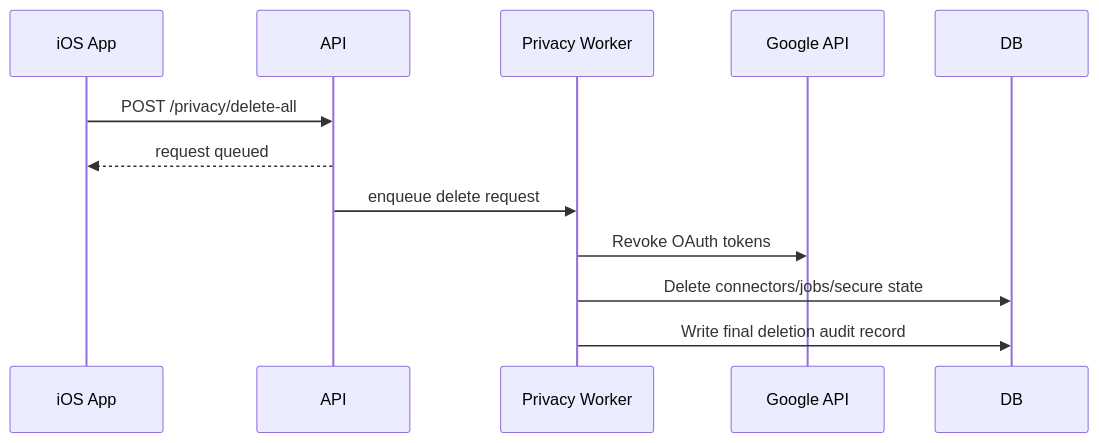
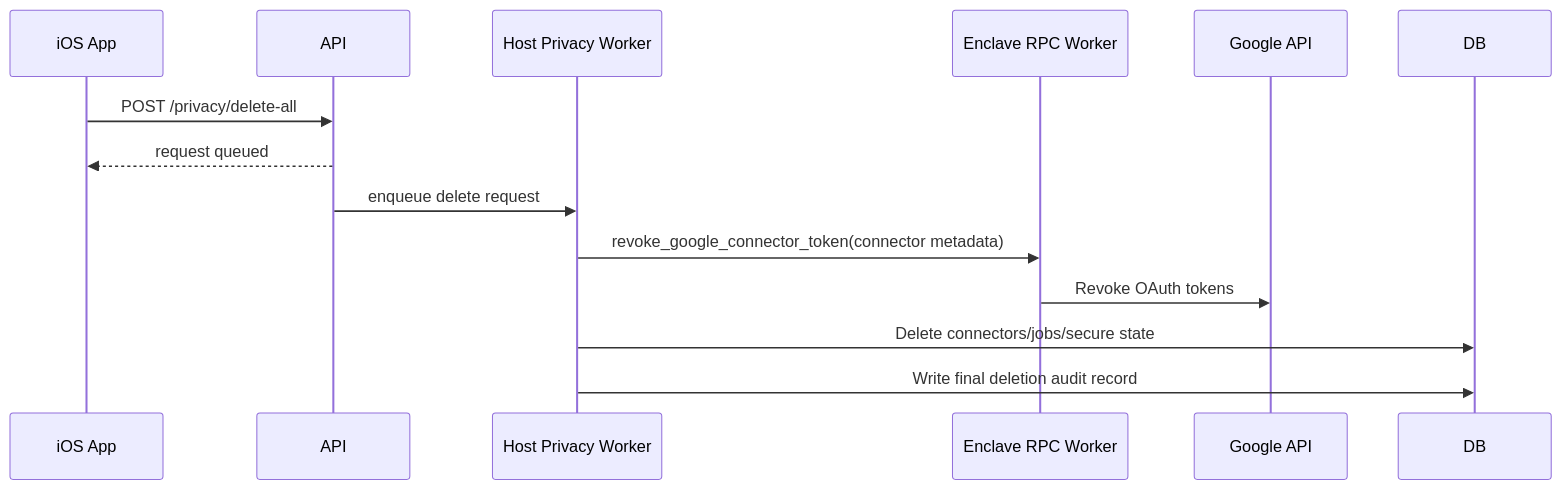
One commit to niteshbalusu11/alfred changed the third of 3 diagrams in docs/rfc-0001-alfred-ios-v1.md. Above: the diagram before and after it, drawn with Mermaid. The commit also changed other lines of this file and 10 other files, not shown here.

First line of the commit message:
Enforce enclave RPC boundary for connector token decrypt/refresh/revoke paths

````diff
--- a/docs/rfc-0001-alfred-ios-v1.md
+++ b/docs/rfc-0001-alfred-ios-v1.md
@@ -377,14 +380,16 @@
 ```mermaid
 sequenceDiagram
     participant I as iOS App
     participant A as API
-    participant W as Privacy Worker
+    participant W as Host Privacy Worker
+    participant T as Enclave RPC Worker
     participant G as Google API
     participant D as DB
     I->>A: POST /privacy/delete-all
     A-->>I: request queued
     A->>W: enqueue delete request
-    W->>G: Revoke OAuth tokens
+    W->>T: revoke_google_connector_token(connector metadata)
+    T->>G: Revoke OAuth tokens
     W->>D: Delete connectors/jobs/secure state
     W->>D: Write final deletion audit record
 ```
````
